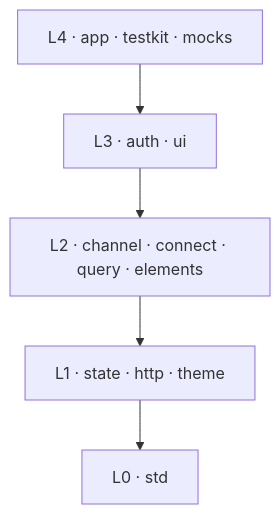
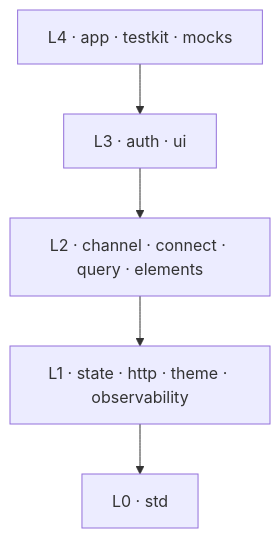
The diagram in README.md (kbukum/plainworks), drawn with Mermaid before and after one commit. The commit also changed other lines of this file and 37 other files, not shown here.

````diff
--- a/README.md
+++ b/README.md
@@ -40,7 +41,7 @@
 ```mermaid
 flowchart TD
   L4["L4 · app · testkit · mocks"] --> L3["L3 · auth · ui"]
   L3 --> L2["L2 · channel · connect · query · elements"]
-  L2 --> L1["L1 · state · http · theme"]
+  L2 --> L1["L1 · state · http · theme · observability"]
   L1 --> L0["L0 · std"]
 ```
````
